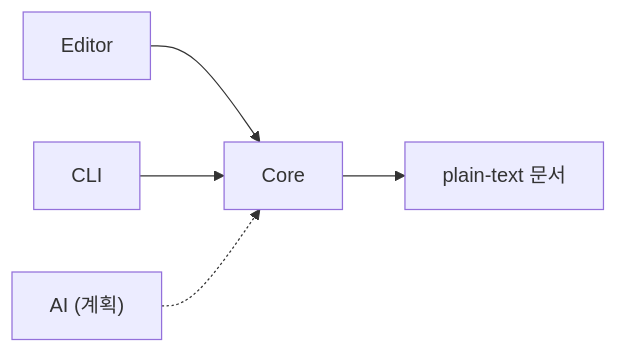
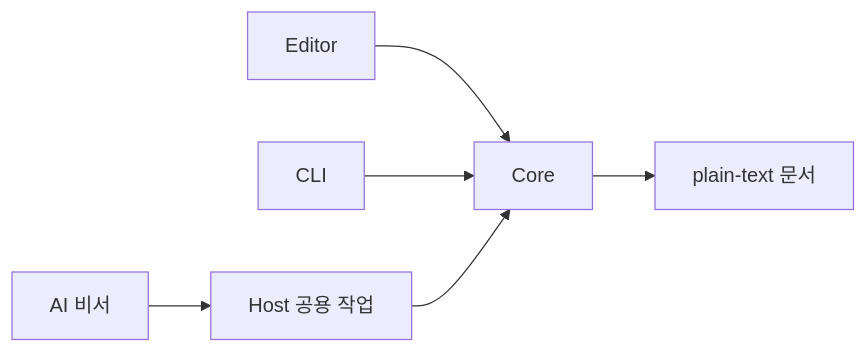
One commit to litzio/litzio changed the diagram in README.md. Above: the diagram before and after it, drawn with Mermaid. The commit also changed other lines of this file and 3 other files, not shown here.

````diff
--- a/README.md
+++ b/README.md
@@ -123,7 +123,7 @@
 ```mermaid
 flowchart LR
     Editor["Editor"] --> Core["Core"]
     CLI["CLI"] --> Core
-    AI["AI (계획)"] -.-> Core
+    AI["AI 비서"] --> Host["Host 공용 작업"] --> Core
     Core --> Document["plain-text 문서"]
 ```
````
